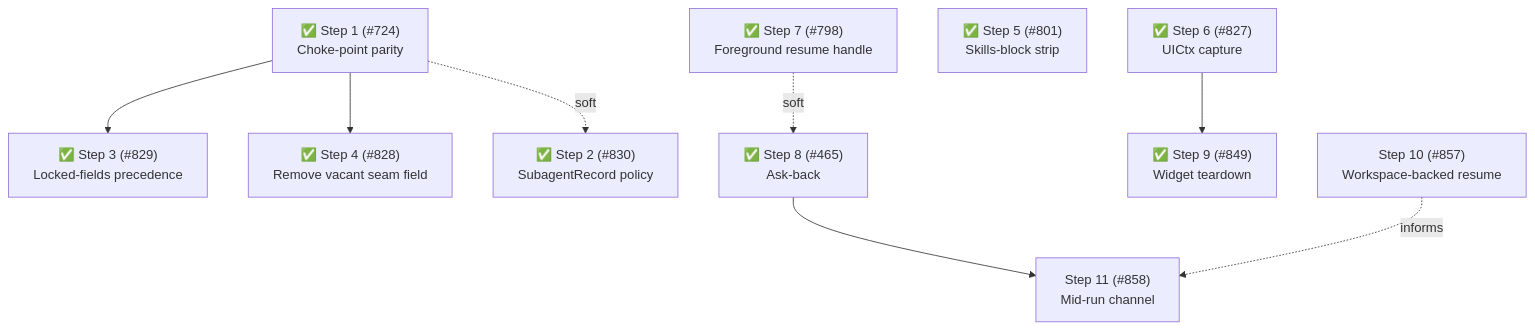
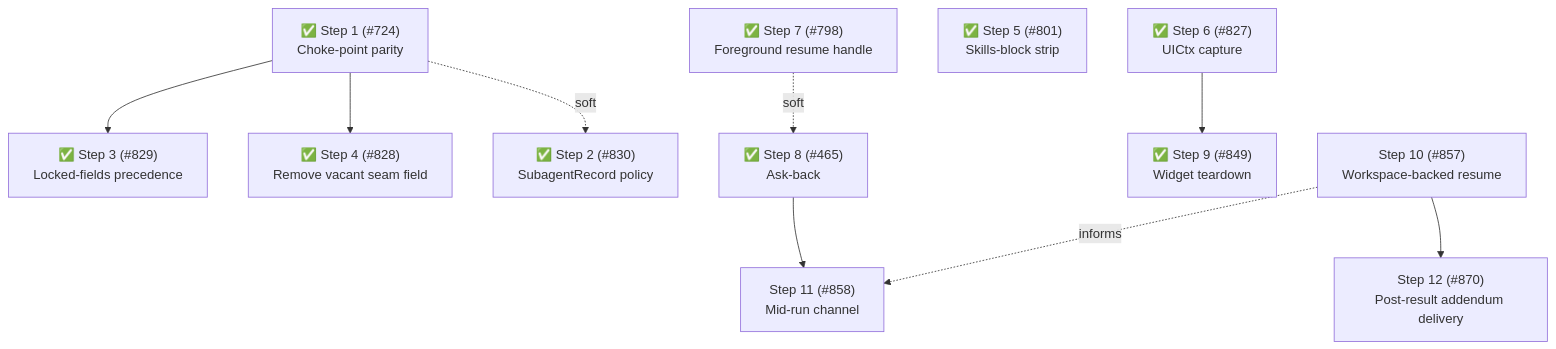
One commit to gotgenes/pi-packages changed the sixth of 6 diagrams in packages/pi-subagents/docs/architecture/architecture.md. Above: the diagram before and after it, drawn with Mermaid. The commit also changed other lines of this file, not shown here.

````diff
--- a/packages/pi-subagents/docs/architecture/architecture.md
+++ b/packages/pi-subagents/docs/architecture/architecture.md
@@ -1039,11 +1057,12 @@
 ```mermaid
 flowchart TD
     S1["✅ Step 1 (#724)<br/>Choke-point parity"] --> S3["✅ Step 3 (#829)<br/>Locked-fields precedence"]
     S1 --> S4["✅ Step 4 (#828)<br/>Remove vacant seam field"]
     S1 -.soft.-> S2["✅ Step 2 (#830)<br/>SubagentRecord policy"]
     S7["✅ Step 7 (#798)<br/>Foreground resume handle"] -.soft.-> S8["✅ Step 8 (#465)<br/>Ask-back"]
     S5["✅ Step 5 (#801)<br/>Skills-block strip"]
     S6["✅ Step 6 (#827)<br/>UICtx capture"] --> S9["✅ Step 9 (#849)<br/>Widget teardown"]
     S8 --> S11["Step 11 (#858)<br/>Mid-run channel"]
     S10["Step 10 (#857)<br/>Workspace-backed resume"] -.informs.-> S11
+    S10 --> S12["Step 12 (#870)<br/>Post-result addendum delivery"]
 ```
````
